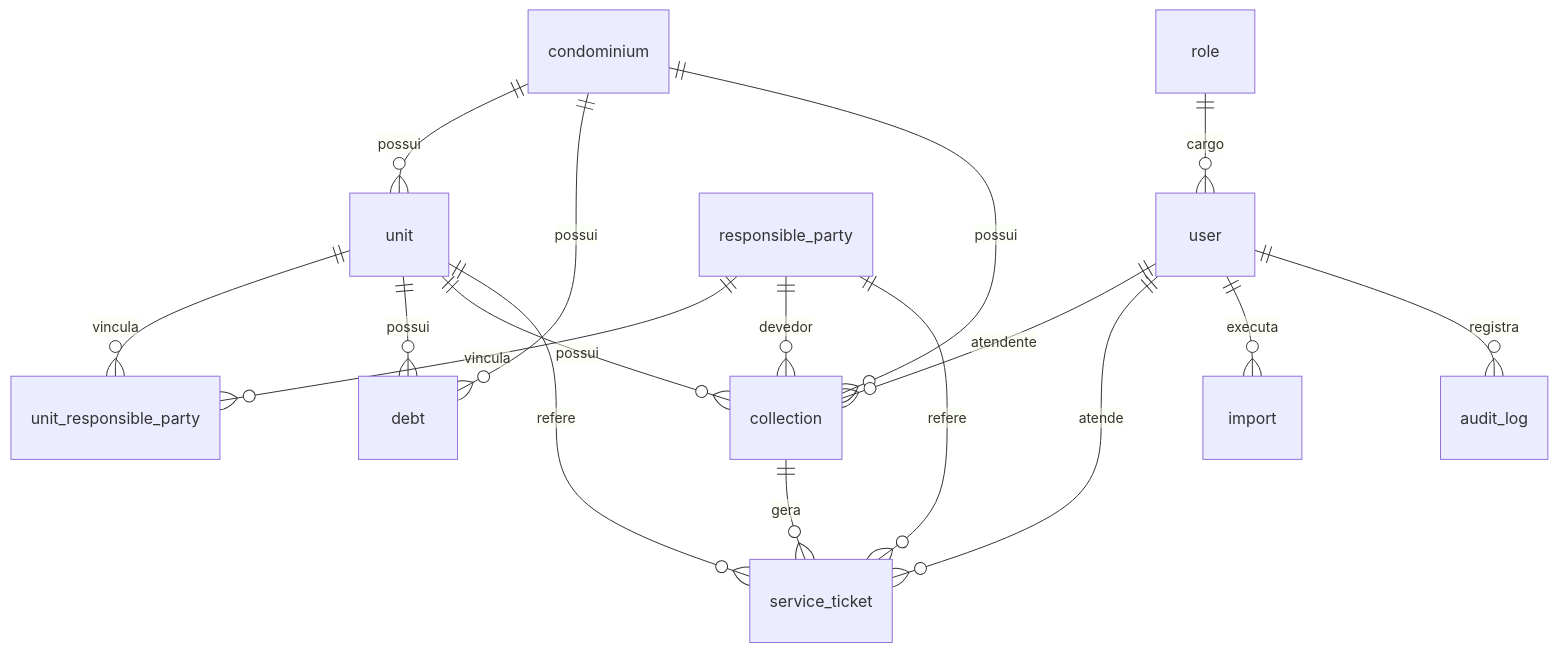
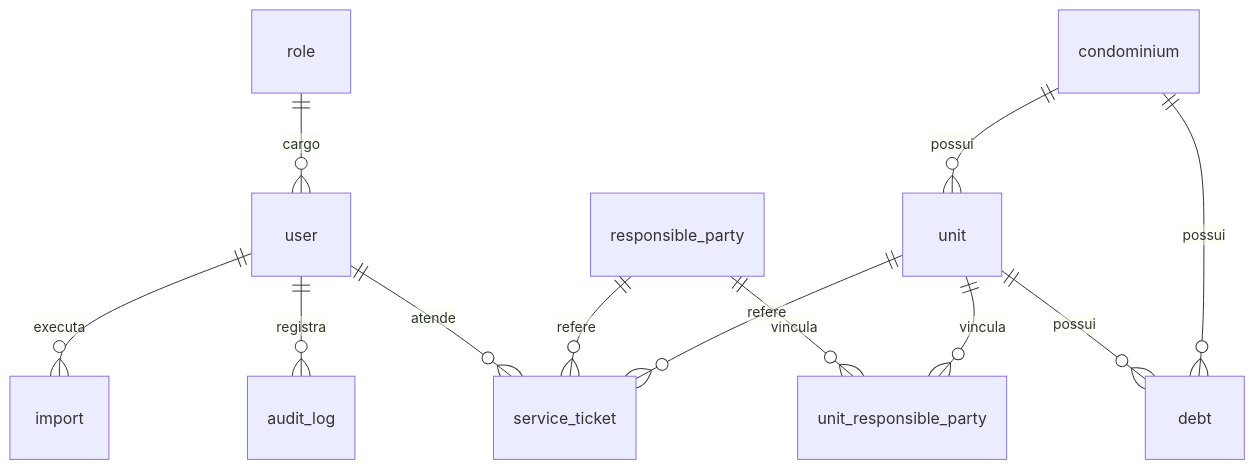
One commit to prestei/cobranca-condominial changed the diagram in docs/banco.md. Above: the diagram before and after it, drawn with Mermaid. The commit also changed other lines of this file and 34 other files, not shown here.

````diff
--- a/docs/banco.md
+++ b/docs/banco.md
@@ -21,19 +20,14 @@
 ```mermaid
 erDiagram
 	role ||--o{ user : cargo
 	condominium ||--o{ unit : possui
 	unit ||--o{ unit_responsible_party : vincula
 	responsible_party ||--o{ unit_responsible_party : vincula
 	condominium ||--o{ debt : possui
 	unit ||--o{ debt : possui
-	condominium ||--o{ collection : possui
-	unit ||--o{ collection : possui
-	responsible_party ||--o{ collection : devedor
-	user ||--o{ collection : atendente
-	collection ||--o{ service_ticket : gera
 	unit ||--o{ service_ticket : refere
 	responsible_party ||--o{ service_ticket : refere
 	user ||--o{ service_ticket : atende
 	user ||--o{ import : executa
 	user ||--o{ audit_log : registra
 ```
````
